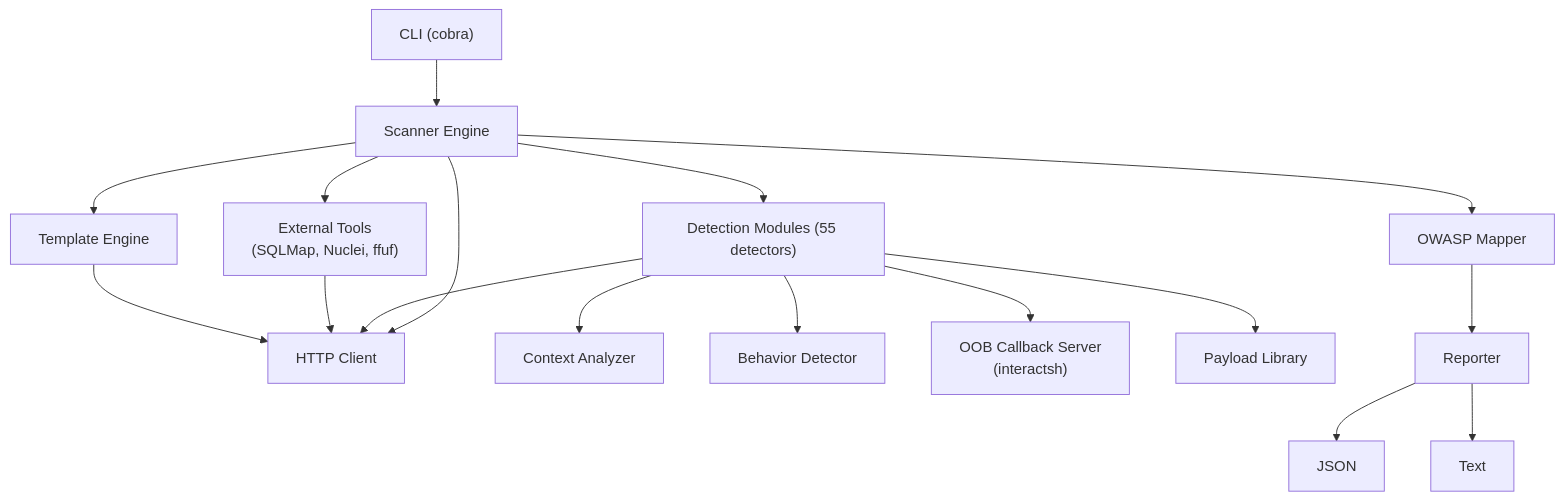
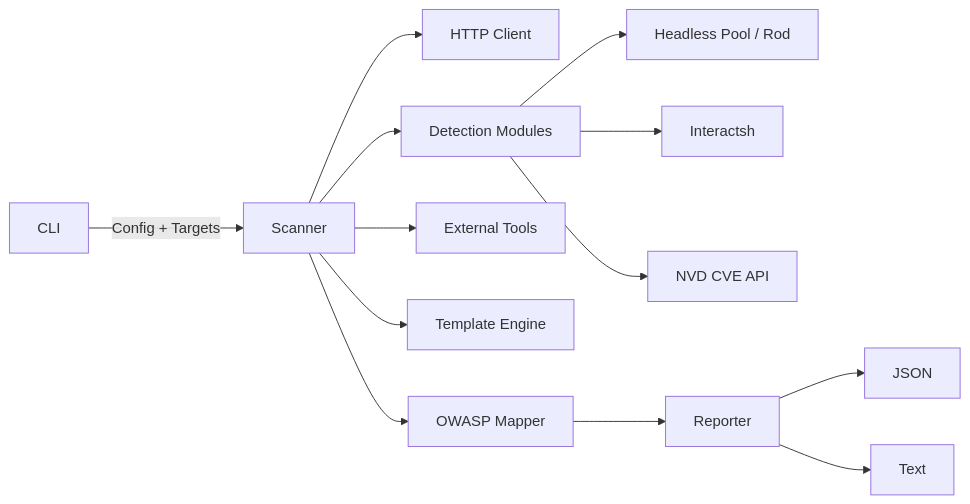
The diagram in README.md (TyrusRC/assay), drawn with Mermaid before and after one commit. The commit also changed other lines of this file, not shown here.

````diff
--- a/README.md
+++ b/README.md
@@ -11,33 +112,15 @@
 ```mermaid
-flowchart TD
-    CLI["CLI (cobra)"]
-    Scanner["Scanner Engine"]
-    HTTP["HTTP Client"]
-    Detection["Detection Modules (55 detectors)"]
-    Tools["External Tools\n(SQLMap, Nuclei, ffuf)"]
-    Templates["Template Engine"]
-    Context["Context Analyzer"]
-    Behavior["Behavior Detector"]
-    OOB["OOB Callback Server\n(interactsh)"]
-    Payloads["Payload Library"]
-    OWASP["OWASP Mapper"]
-    Reporter["Reporter"]
-
-    CLI --> Scanner
-    Scanner --> HTTP
-    Scanner --> Detection
-    Scanner --> Tools
-    Scanner --> Templates
-    Detection --> Context
-    Detection --> Behavior
-    Detection --> OOB
-    Detection --> Payloads
-    Detection --> HTTP
-    Tools --> HTTP
-    Templates --> HTTP
-    Scanner --> OWASP
+flowchart LR
+    CLI -->|Config + Targets| Scanner
+    Scanner --> HTTP[HTTP Client]
+    Scanner --> Detection[Detection Modules]
+    Scanner --> Tools[External Tools]
+    Scanner --> Templates[Template Engine]
+    Detection --> Headless[Headless Pool / Rod]
+    Detection --> OOB[Interactsh]
+    Detection --> NVD[NVD CVE API]
+    Scanner --> OWASP[OWASP Mapper]
     OWASP --> Reporter
-
-    Reporter --> JSON["JSON"]
-    Reporter --> Text["Text"]
+    Reporter --> JSON
+    Reporter --> Text
 ```
````
